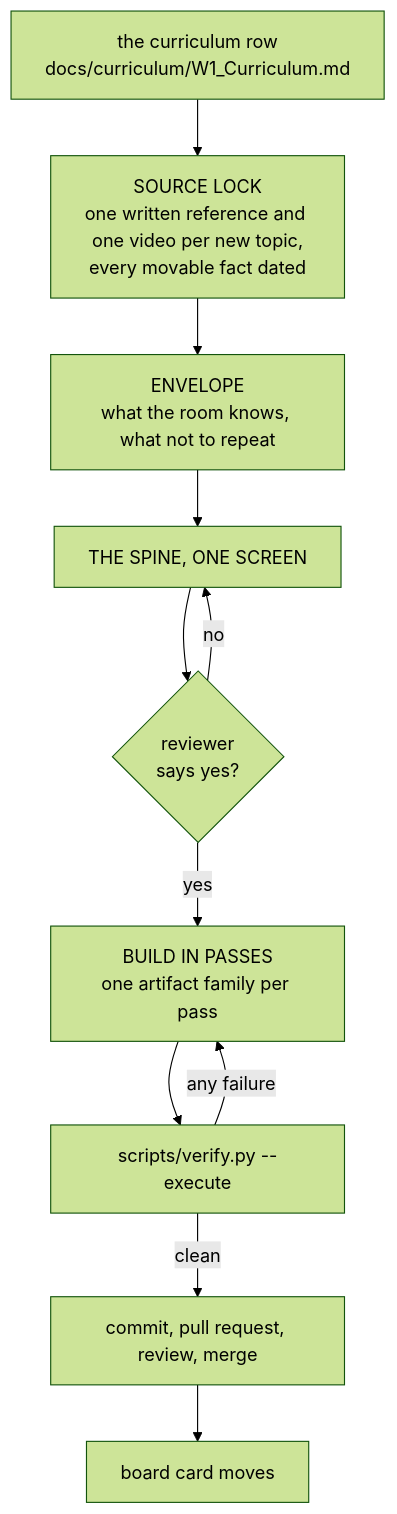
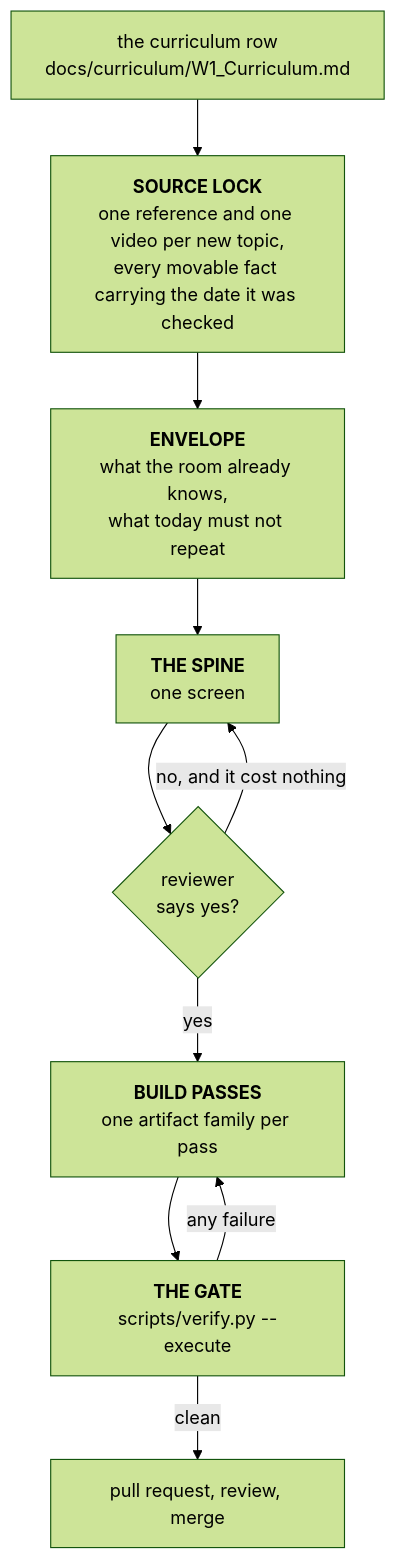
The third of 5 diagrams in README.md (fde-academy-lab/c2-content-factory), drawn with Mermaid (forest theme) before and after one commit. The commit also changed other lines of this file, not shown here.

First line of the commit message:
Refocus the README on the content, not the programme plan

````diff
--- a/README.md
+++ b/README.md
@@ -206,13 +128,12 @@
 ```mermaid
 flowchart TB
-    R["the curriculum row<br/>docs/curriculum/W1_Curriculum.md"] --> L["SOURCE LOCK<br/>one written reference and one video per new topic,<br/>every movable fact dated"]
-    L --> E["ENVELOPE<br/>what the room knows, what not to repeat"]
-    E --> SP["THE SPINE, ONE SCREEN"]
+    R["the curriculum row<br/>docs/curriculum/W1_Curriculum.md"] --> L["<b>SOURCE LOCK</b><br/>one reference and one video per new topic,<br/>every movable fact carrying the date it was checked"]
+    L --> E["<b>ENVELOPE</b><br/>what the room already knows,<br/>what today must not repeat"]
+    E --> SP["<b>THE SPINE</b><br/>one screen"]
     SP --> STOP{"reviewer<br/>says yes?"}
-    STOP -->|"no"| SP
-    STOP -->|"yes"| B["BUILD IN PASSES<br/>one artifact family per pass"]
-    B --> V["scripts/verify.py --execute"]
+    STOP -->|"no, and it cost nothing"| SP
+    STOP -->|"yes"| B["<b>BUILD PASSES</b><br/>one artifact family per pass"]
+    B --> V["<b>THE GATE</b><br/>scripts/verify.py --execute"]
     V -->|"any failure"| B
-    V -->|"clean"| PR["commit, pull request, review, merge"]
-    PR --> BD["board card moves"]
+    V -->|"clean"| PR["pull request, review, merge"]
 ```
````
